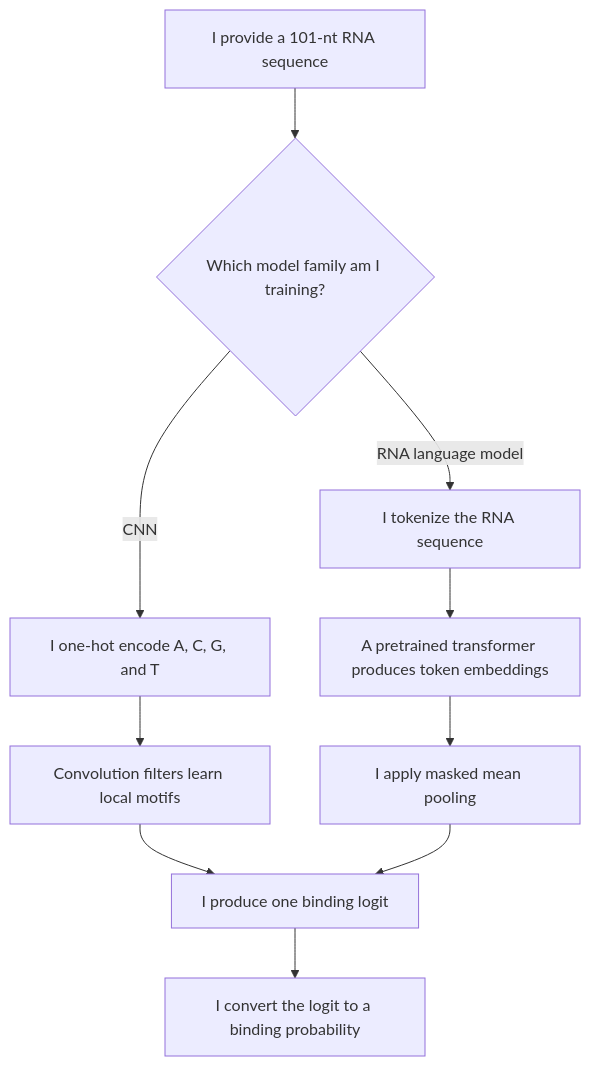
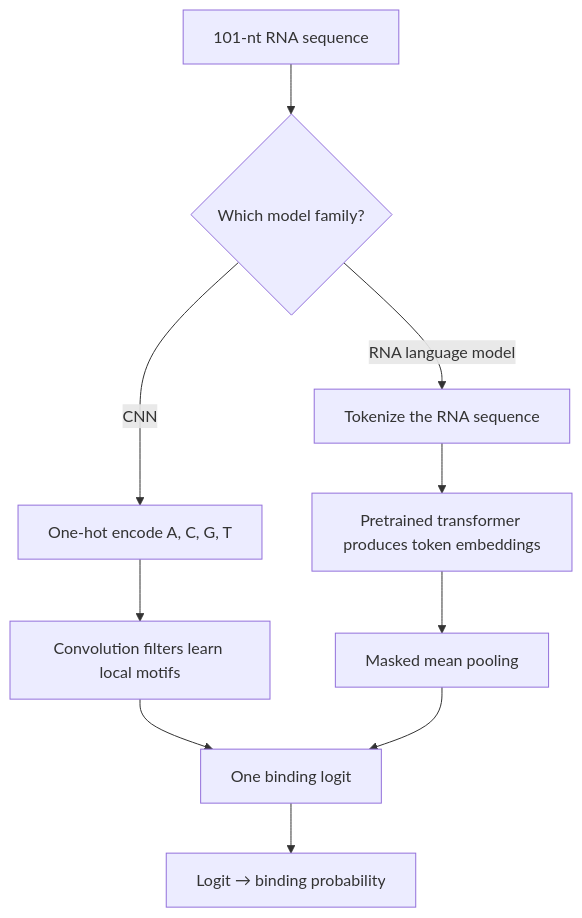
One commit to NirmalKumar31/rbp-binding changed the tenth of 25 diagrams in README.md. Above: the diagram before and after it, drawn with Mermaid. The commit also changed other lines of this file, not shown here.

Commit message:
docs: neutralize first-person voice inside mermaid diagram labels

````diff
--- a/README.md
+++ b/README.md
@@ -387,12 +387,12 @@
 ```mermaid
 flowchart TD
-    A["I provide a 101-nt RNA sequence"] --> B{"Which model family am I training?"}
-    B -->|"CNN"| C["I one-hot encode A, C, G, and T"]
+    A["101-nt RNA sequence"] --> B{"Which model family?"}
+    B -->|"CNN"| C["One-hot encode A, C, G, T"]
     C --> D["Convolution filters learn local motifs"]
-    B -->|"RNA language model"| E["I tokenize the RNA sequence"]
-    E --> F["A pretrained transformer produces token embeddings"]
-    F --> G["I apply masked mean pooling"]
-    D --> H["I produce one binding logit"]
+    B -->|"RNA language model"| E["Tokenize the RNA sequence"]
+    E --> F["Pretrained transformer produces token embeddings"]
+    F --> G["Masked mean pooling"]
+    D --> H["One binding logit"]
     G --> H
-    H --> I["I convert the logit to a binding probability"]
+    H --> I["Logit → binding probability"]
 ```
````
